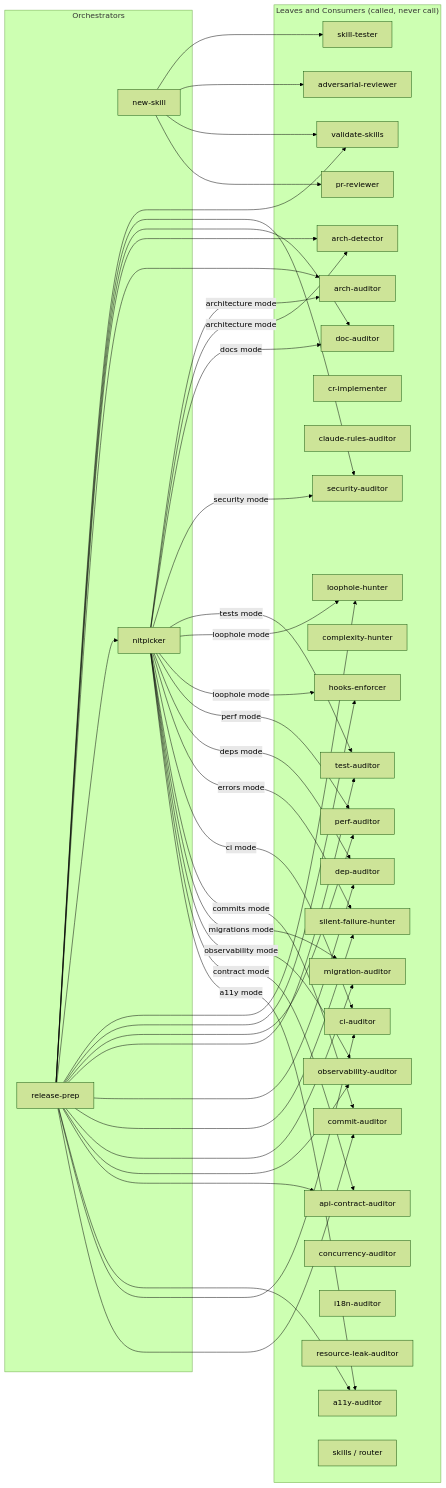
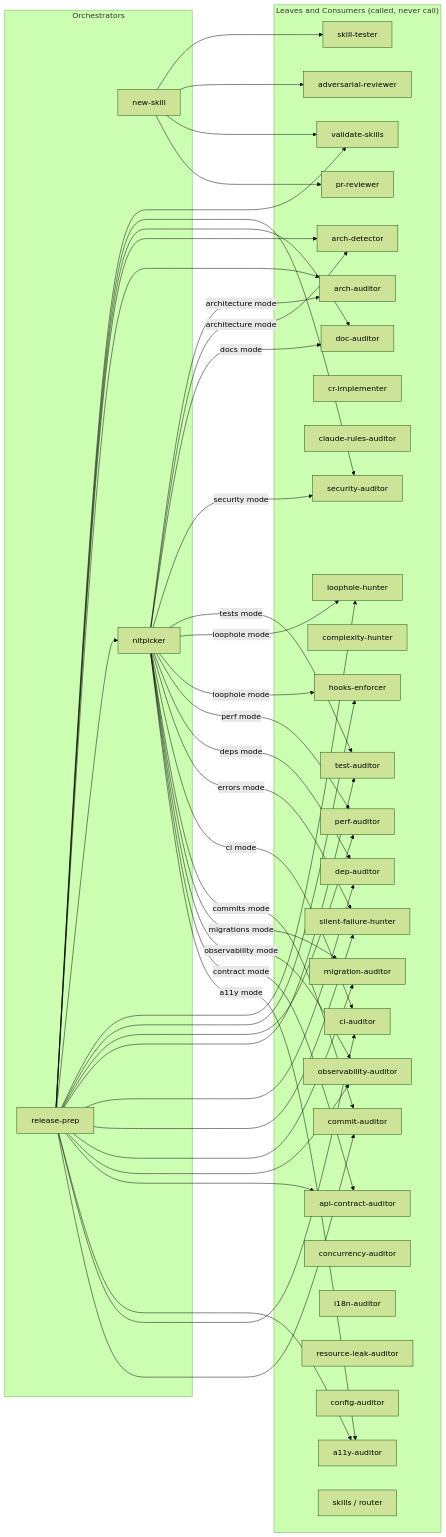
The sixth of 6 diagrams in .claude/skills/README.md (ivuorinen/skills), drawn with Mermaid (forest theme) before and after one commit. The commit also changed other lines of this file and 9 other files, not shown here.

Commit message:
feat: add config-auditor skill (#50)

````diff
--- a/.claude/skills/README.md
+++ b/.claude/skills/README.md
@@ -445,79 +455,80 @@
 ```mermaid
 graph LR
     subgraph orchestrators["Orchestrators"]
         NS[new-skill]
         RP[release-prep]
         NP[nitpicker]
     end
 
     subgraph leaves["Leaves and Consumers (called, never call)"]
         AR[adversarial-reviewer]
         VS[validate-skills]
         AD[arch-detector]
         AA[arch-auditor]
         DA[doc-auditor]
         PR[pr-reviewer]
         SA[security-auditor]
         CRI[cr-implementer]
         CRA[claude-rules-auditor]
         LH[loophole-hunter]
         HE[hooks-enforcer]
         CH[complexity-hunter]
         PA[perf-auditor]
         TA[test-auditor]
         DEP[dep-auditor]
         SFH[silent-failure-hunter]
         CIA[ci-auditor]
         CMA[commit-auditor]
         MA[migration-auditor]
         OBA[observability-auditor]
         ACA[api-contract-auditor]
         AY[a11y-auditor]
         CC[concurrency-auditor]
         I18[i18n-auditor]
         RLK[resource-leak-auditor]
+        CFG[config-auditor]
         ST[skill-tester]
         SK[skills / router]
     end
 
     NS --> ST
     NS --> AR
     NS --> VS
     NS --> PR
 
     RP --> VS
     RP --> SA
     RP --> DA
     RP --> AD
     RP --> AA
     RP --> NP
     RP --> LH
     RP --> HE
     RP --> PA
     RP --> TA
     RP --> DEP
     RP --> SFH
     RP --> MA
     RP --> OBA
     RP --> ACA
     RP --> AY
     RP --> CIA
     RP --> CMA
 
     NP -->|architecture mode| AA
     NP -->|architecture mode| AD
     NP -->|docs mode| DA
     NP -->|security mode| SA
     NP -->|tests mode| TA
     NP -->|loophole mode| LH
     NP -->|loophole mode| HE
     NP -->|perf mode| PA
     NP -->|deps mode| DEP
     NP -->|errors mode| SFH
     NP -->|ci mode| CIA
     NP -->|commits mode| CMA
     NP -->|migrations mode| MA
     NP -->|observability mode| OBA
     NP -->|contract mode| ACA
     NP -->|a11y mode| AY
 ```
````
